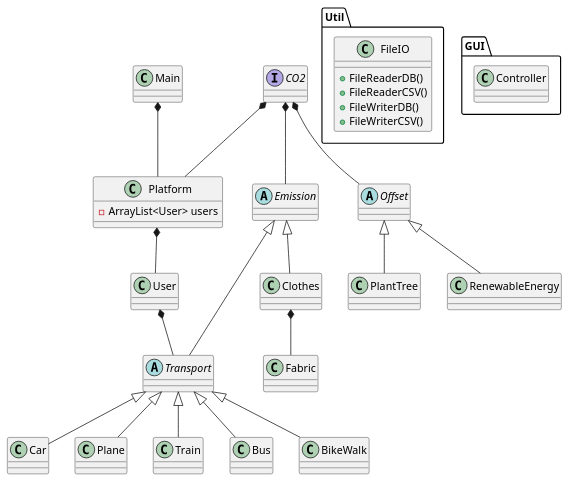
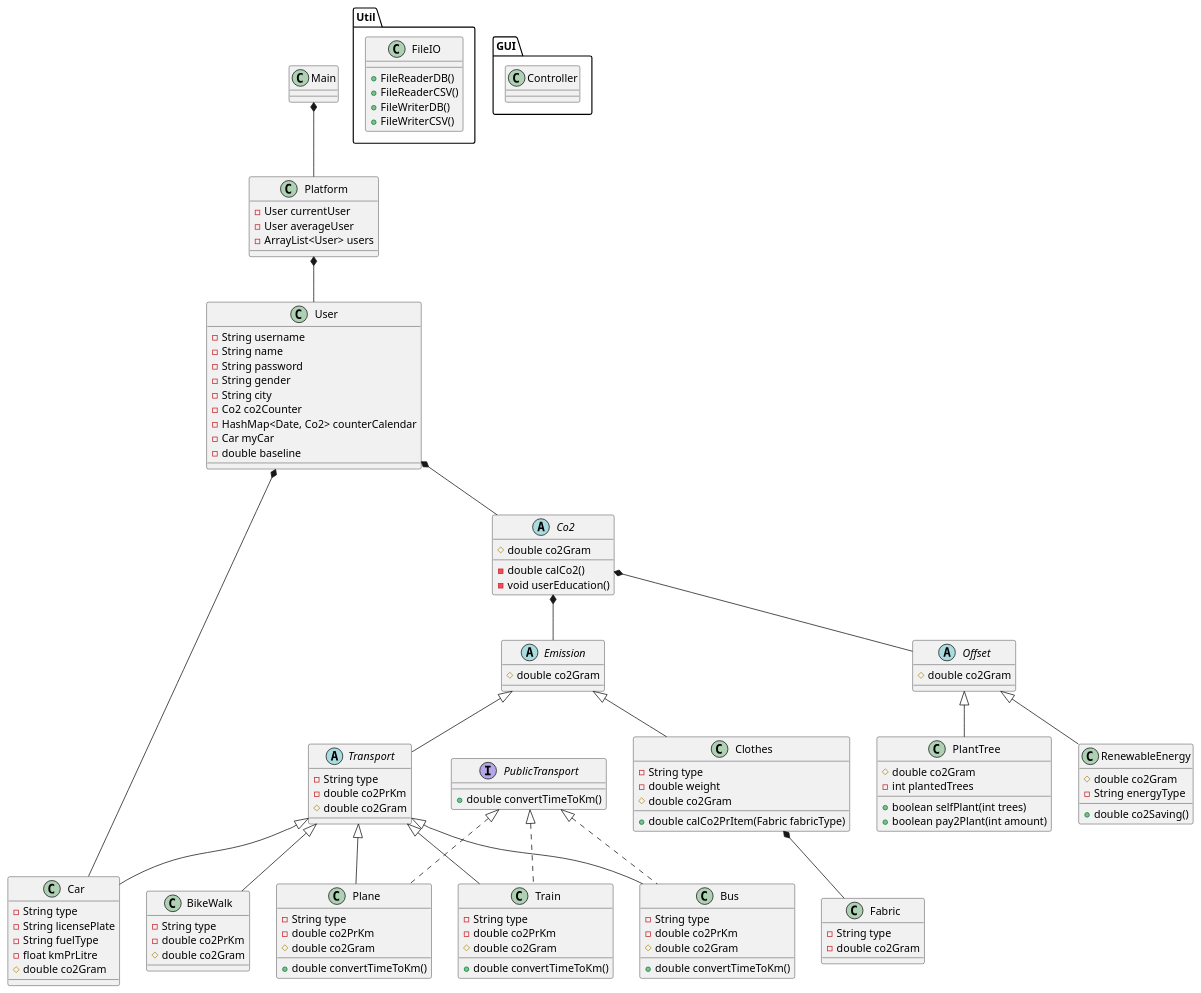
The diagram in src/main/java/doc/classdiagram1.1.puml (Styrse/ICE), drawn with PlantUML before and after one commit. The commit also changed 6 other files, not shown here.

Commit message:
Styr - Classdiagram 1.1

```diff
--- a/src/main/java/doc/classdiagram1.1.puml
+++ b/src/main/java/doc/classdiagram1.1.puml
@@ -1,69 +1,149 @@
 @startuml
 'https://plantuml.com/class-diagram
 
 class Platform{
+- User currentUser
+- User averageUser
 -ArrayList<User> users
 }
 
 class Main
-class User
-interface CO2
-abstract Emission
+class User{
+- String username
+- String name
+- String password
+- String gender
+- String city
+- Co2 co2Counter
+- HashMap<Date, Co2> counterCalendar
+- Car myCar
+- double baseline
+}
 
-abstract Offset
-class PlantTree
-class RenewableEnergy
+abstract Co2{
+# double co2Gram
+- double calCo2()
+- void userEducation()
+}
 
-abstract class Transport{}
-class Car{}
-class Plane{}
-class Train{}
-class Bus{}
-class BikeWalk{}
+abstract Emission{
+# double co2Gram
 
-class Fabric{}
-class Clothes{}
+}
 
+abstract Offset{
+# double co2Gram
+}
+
+class PlantTree{
+# double co2Gram
+- int plantedTrees
++ boolean selfPlant(int trees)
++ boolean pay2Plant(int amount)
+}
+
+class RenewableEnergy{
+# double co2Gram
+- String energyType
++ double co2Saving()
+}
+
+interface PublicTransport{
++ double convertTimeToKm()
+}
+
+abstract class Transport{
+- String type
+- double co2PrKm
+# double co2Gram
+}
+
+class Car{
+- String type
+- String licensePlate
+- String fuelType
+- float kmPrLitre
+# double co2Gram
+}
+
+class Plane implements PublicTransport{
+- String type
+- double co2PrKm
++ double convertTimeToKm()
+# double co2Gram
+}
+
+class Train implements PublicTransport{
+- String type
+- double co2PrKm
++ double convertTimeToKm()
+# double co2Gram
+}
+
+class Bus implements PublicTransport{
+- String type
+- double co2PrKm
++ double convertTimeToKm()
+# double co2Gram
+}
+
+class BikeWalk{
+- String type
+- double co2PrKm
+# double co2Gram
+}
+
+class Fabric{
+- String type
+- double co2Gram
+}
+
+class Clothes{
+- String type
+- double weight
++ double calCo2PrItem(Fabric fabricType)
+# double co2Gram
+}
 
 package "Util"{
 class FileIO{
 +FileReaderDB()
 +FileReaderCSV()
 +FileWriterDB()
 +FileWriterCSV()
-
 }
 }
+
 package "GUI"{
 class Controller
 }
 
 Main*-- Platform
 
 Emission <|-- Transport
 
 Platform *-- User
 
 Emission <|-- Clothes
 
 Clothes *-- Fabric
 
-User *-- Transport
+User *-- Car
+User *-- Co2
 
-CO2 *-- Platform
-CO2 *-- Emission
-CO2 *-- Offset
+Co2 *-- Emission
+Co2 *-- Offset
 
 Offset <|-- RenewableEnergy
 
 Offset <|-- PlantTree
 
 Transport <|-- Plane
 Transport <|-- BikeWalk
 Transport <|-- Bus
 Transport <|-- Car
 Transport <|-- Train
 
 
 
 @enduml
```
